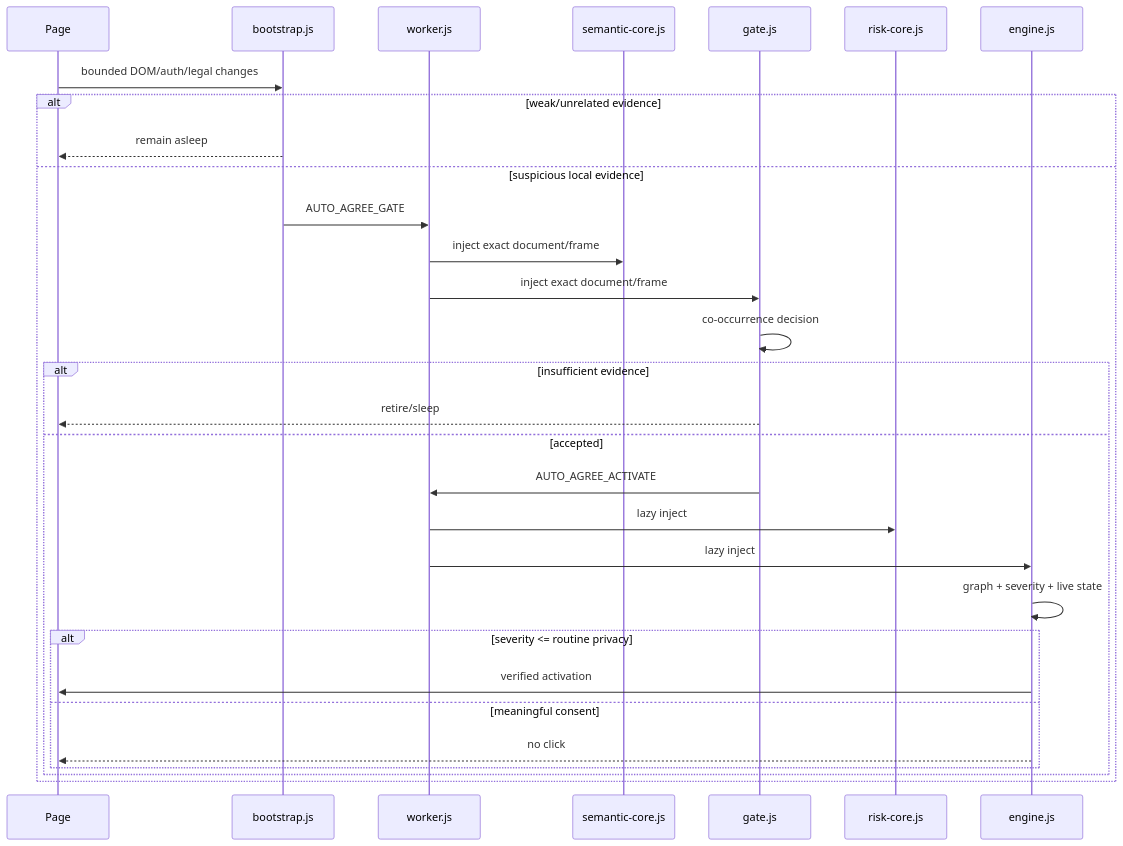
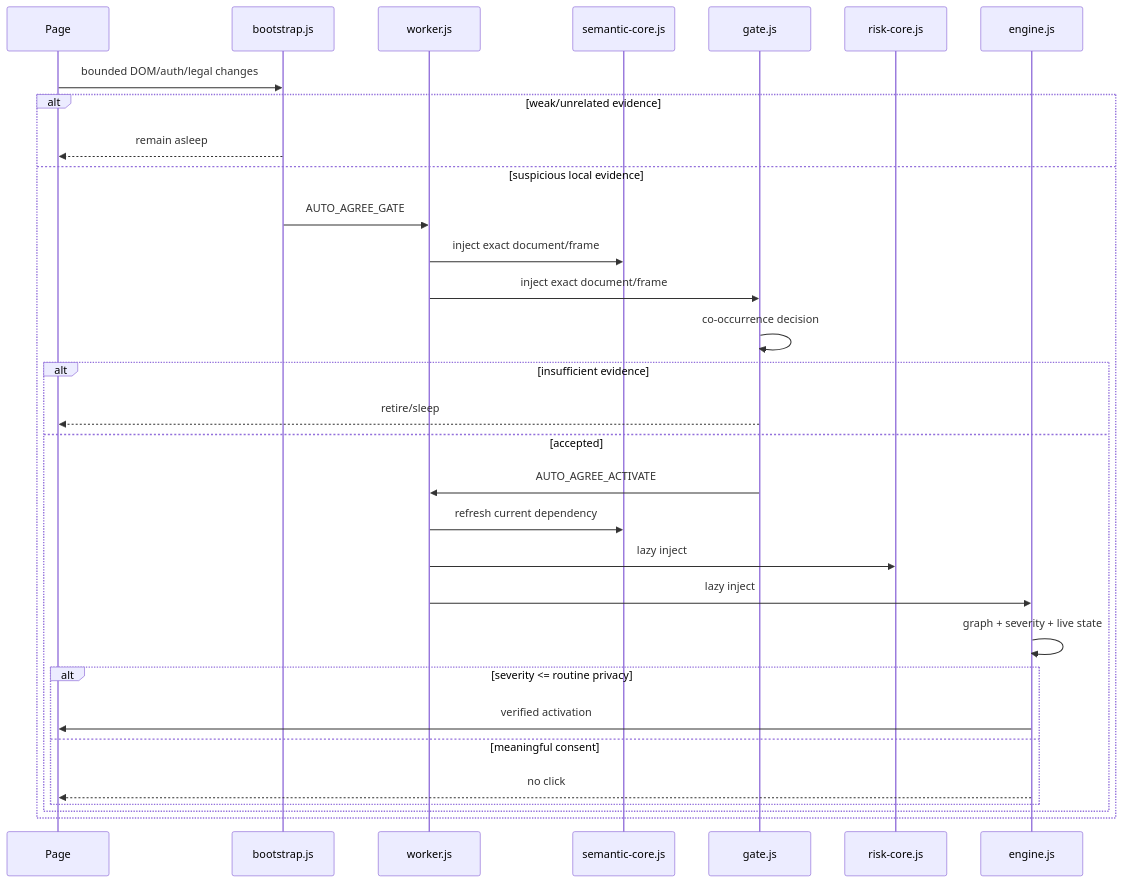
The diagram in docs/architecture.md (QzCrane/auto-agree), drawn with Mermaid before and after one commit. The commit also changed other lines of this file and 13 other files, not shown here.

````diff
--- a/docs/architecture.md
+++ b/docs/architecture.md
@@ -15,33 +15,34 @@
 ```mermaid
 sequenceDiagram
   participant Page
   participant Probe as bootstrap.js
   participant Worker as worker.js
   participant Core as semantic-core.js
   participant Gate as gate.js
   participant Risk as risk-core.js
   participant Engine as engine.js
 
   Page->>Probe: bounded DOM/auth/legal changes
   alt weak/unrelated evidence
     Probe-->>Page: remain asleep
   else suspicious local evidence
     Probe->>Worker: AUTO_AGREE_GATE
     Worker->>Core: inject exact document/frame
     Worker->>Gate: inject exact document/frame
     Gate->>Gate: co-occurrence decision
     alt insufficient evidence
       Gate-->>Page: retire/sleep
     else accepted
       Gate->>Worker: AUTO_AGREE_ACTIVATE
+      Worker->>Core: refresh current dependency
       Worker->>Risk: lazy inject
       Worker->>Engine: lazy inject
       Engine->>Engine: graph + severity + live state
       alt severity <= routine privacy
         Engine->>Page: verified activation
       else meaningful consent
         Engine-->>Page: no click
       end
     end
   end
 ```
````
